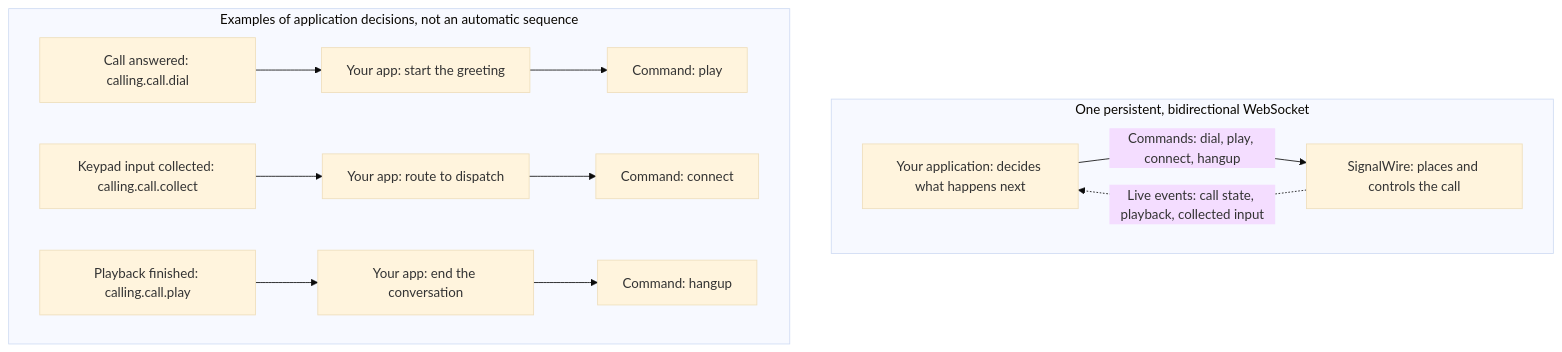
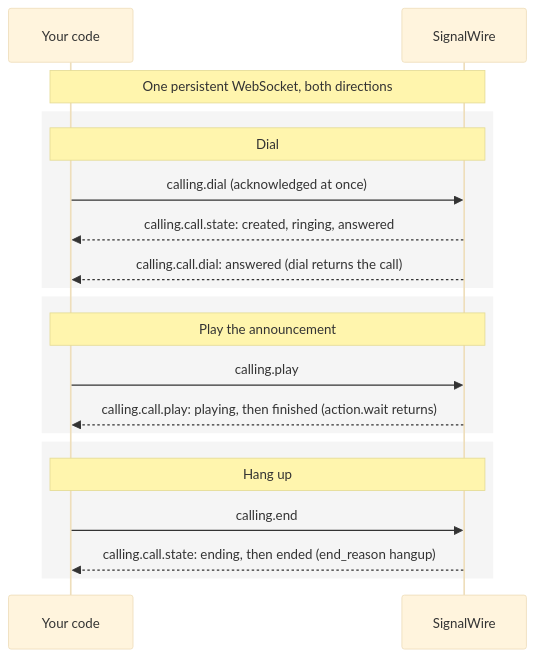
The second of 2 diagrams in fern/products/platform/pages/calling/voice/outbound-calling.mdx (signalwire/docs), drawn with Mermaid (base theme) before and after one commit. The commit also changed other lines of this file and 1 other file, not shown here.

Commit message:
docs: redraw the Relay diagram as a command and event sequence
Replace the concept diagram with a sequence diagram that follows the
guide's own Relay example: dial, play the announcement, hang up. Each
command your code sends is paired with the events SignalWire emits in
return, so the bidirectional WebSocket and the cause of each event are
visible. Method and event names come from the Python SDK and the Relay
events reference.

Rewrite the Relay tab prose to introduce the same ideas: every command
is acknowledged at once, some events are the direct result of a command
and others report what happened on the call, and the SDK resolves
dial() and action.wait() from those events.

````diff
--- a/fern/products/platform/pages/calling/voice/outbound-calling.mdx
+++ b/fern/products/platform/pages/calling/voice/outbound-calling.mdx
@@ -127,16 +138,23 @@
 ```mermaid
-flowchart TB
-    subgraph Channel[One persistent, bidirectional WebSocket]
-        direction LR
-        App[Your application: decides what happens next]
-        SW[SignalWire: places and controls the call]
-        App -->|Commands: dial, play, connect, hangup| SW
-        SW -.->|Live events: call state, playback, collected input| App
+sequenceDiagram
+    participant App as Your code
+    participant SW as SignalWire
+
+    Note over App,SW: One persistent WebSocket, both directions
+    rect rgba(0,0,0,0.04)
+    Note over App,SW: Dial
+    App->>SW: calling.dial (acknowledged at once)
+    SW-->>App: calling.call.state: created, ringing, answered
+    SW-->>App: calling.call.dial: answered (dial returns the call)
     end
-
-    subgraph Reactions[Examples of application decisions, not an automatic sequence]
-        Answered[Call answered: calling.call.dial] --> Greeting[Your app: start the greeting] --> Play[Command: play]
-        Input[Keypad input collected: calling.call.collect] --> Route[Your app: route to dispatch] --> Connect[Command: connect]
-        Finished[Playback finished: calling.call.play] --> End[Your app: end the conversation] --> Hangup[Command: hangup]
+    rect rgba(0,0,0,0.04)
+    Note over App,SW: Play the announcement
+    App->>SW: calling.play
+    SW-->>App: calling.call.play: playing, then finished (action.wait returns)
+    end
+    rect rgba(0,0,0,0.04)
+    Note over App,SW: Hang up
+    App->>SW: calling.end
+    SW-->>App: calling.call.state: ending, then ended (end_reason hangup)
     end
 ```
````
